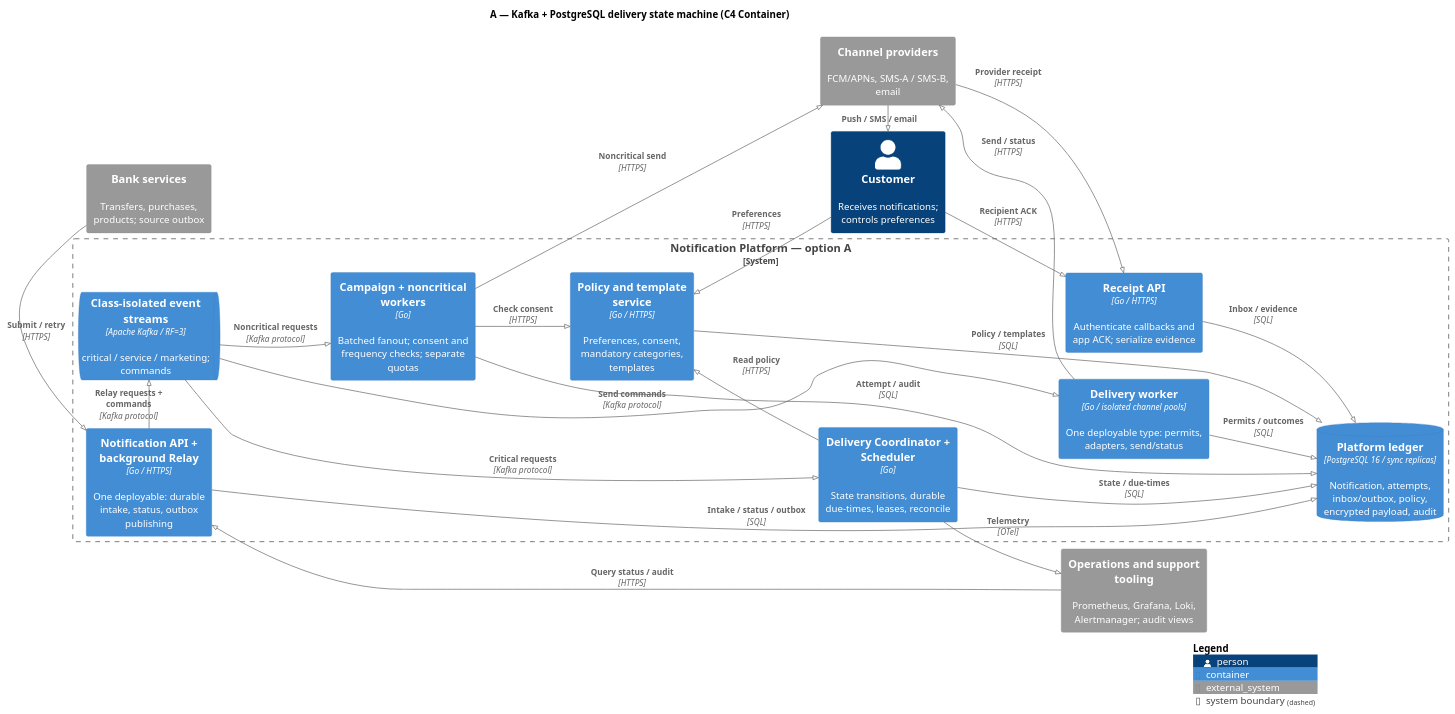
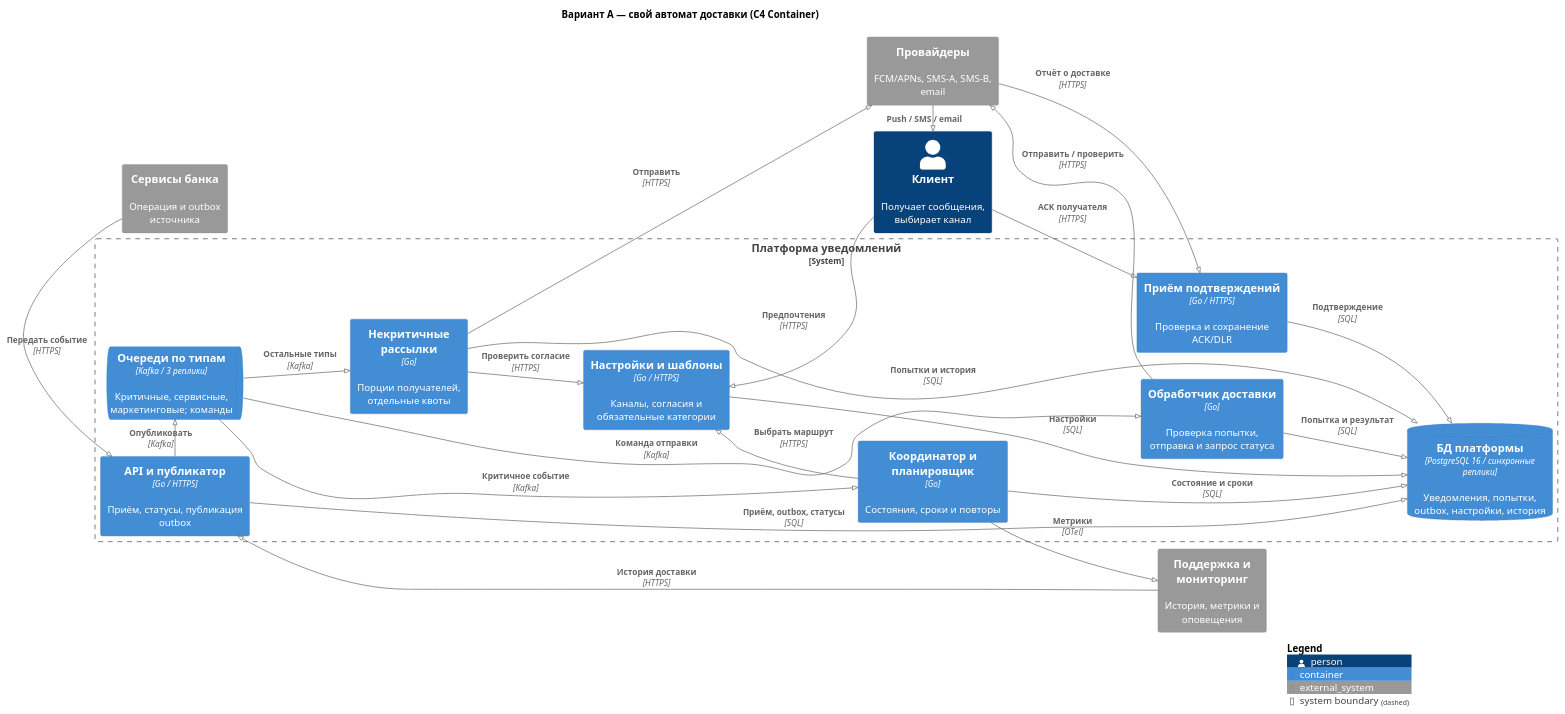
One commit to irinamilova/marketplace-architecture changed the diagram in hw4/diagrams/a-container.puml. Above: the diagram before and after it, drawn with PlantUML. The commit also changed 18 other files, not shown here.

```diff
--- a/hw4/diagrams/a-container.puml
+++ b/hw4/diagrams/a-container.puml
@@ -1,45 +1,45 @@
 @startuml
 !pragma layout smetana
 !include <C4/C4_Container>
-title A — Kafka + PostgreSQL delivery state machine (C4 Container)
+title Вариант A — свой автомат доставки (C4 Container)
 LAYOUT_LEFT_RIGHT()
-Person(customer, "Customer", "Receives notifications; controls preferences")
-System_Ext(bank, "Bank services", "Transfers, purchases, products; source outbox")
-System_Ext(channels, "Channel providers", "FCM/APNs, SMS-A / SMS-B, email")
-System_Ext(obs, "Operations and support tooling", "Prometheus, Grafana, Loki, Alertmanager; audit views")
-System_Boundary(platform, "Notification Platform — option A") {
-  Container(api, "Notification API + background Relay", "Go / HTTPS", "One deployable: durable intake, status, outbox publishing")
-  ContainerDb(db, "Platform ledger", "PostgreSQL 16 / sync replicas", "Notification, attempts, inbox/outbox, policy, encrypted payload, audit")
-  ContainerQueue(kafka, "Class-isolated event streams", "Apache Kafka / RF=3", "critical / service / marketing; commands")
-  Container(coordinator, "Delivery Coordinator + Scheduler", "Go", "State transitions, durable due-times, leases, reconcile")
-  Container(workers, "Delivery worker", "Go / isolated channel pools", "One deployable type: permits, adapters, send/status")
-  Container(receipts, "Receipt API", "Go / HTTPS", "Authenticate callbacks and app ACK; serialize evidence")
-  Container(policy, "Policy and template service", "Go / HTTPS", "Preferences, consent, mandatory categories, templates")
-  Container(campaign, "Campaign + noncritical workers", "Go", "Batched fanout; consent and frequency checks; separate quotas")
+Person(user, "Клиент", "Получает сообщения, выбирает канал")
+System_Ext(bank, "Сервисы банка", "Операция и outbox источника")
+System_Ext(provider, "Провайдеры", "FCM/APNs, SMS-A, SMS-B, email")
+System_Ext(ops, "Поддержка и мониторинг", "История, метрики и оповещения")
+System_Boundary(platform, "Платформа уведомлений") {
+  Container(api, "API и публикатор", "Go / HTTPS", "Приём, статусы, публикация outbox")
+  ContainerQueue(broker, "Очереди по типам", "Kafka / 3 реплики", "Критичные, сервисные, маркетинговые; команды")
+  Container(scheduler, "Координатор и планировщик", "Go", "Состояния, сроки и повторы")
+  Container(worker, "Обработчик доставки", "Go", "Проверка попытки, отправка и запрос статуса")
+  Container(receipt, "Приём подтверждений", "Go / HTTPS", "Проверка и сохранение ACK/DLR")
+  Container(policy, "Настройки и шаблоны", "Go / HTTPS", "Каналы, согласия и обязательные категории")
+  Container(campaign, "Некритичные рассылки", "Go", "Порции получателей, отдельные квоты")
+  ContainerDb(db, "БД платформы", "PostgreSQL 16 / синхронные реплики", "Уведомления, попытки, outbox, настройки, история")
 }
-Rel_R(bank, api, "Submit / retry", "HTTPS")
-Rel_D(api, db, "Intake / status / outbox", "SQL")
-Rel_R(api, kafka, "Relay requests + commands", "Kafka protocol")
-Rel_R(kafka, coordinator, "Critical requests", "Kafka protocol")
-Rel(coordinator, db, "State / due-times", "SQL")
-Rel_U(coordinator, policy, "Read policy", "HTTPS")
-Rel(kafka, workers, "Send commands", "Kafka protocol")
-Rel(workers, db, "Permits / outcomes", "SQL")
-Rel_R(workers, channels, "Send / status", "HTTPS")
-Rel_R(channels, customer, "Push / SMS / email")
-Rel_D(channels, receipts, "Provider receipt", "HTTPS")
-Rel(customer, receipts, "Recipient ACK", "HTTPS")
-Rel(receipts, db, "Inbox / evidence", "SQL")
-Rel(policy, db, "Policy / templates", "SQL")
-Rel(customer, policy, "Preferences", "HTTPS")
-Rel(kafka, campaign, "Noncritical requests", "Kafka protocol")
-Rel(campaign, policy, "Check consent", "HTTPS")
-Rel(campaign, db, "Attempt / audit", "SQL")
-Rel(campaign, channels, "Noncritical send", "HTTPS")
-Rel(coordinator, obs, "Telemetry", "OTel")
-Rel(obs, api, "Query status / audit", "HTTPS")
-Lay_D(coordinator, workers)
-Lay_D(kafka, campaign)
-Lay_D(db, obs)
+Rel_R(bank, api, "Передать событие", "HTTPS")
+Rel_D(api, db, "Приём, outbox, статусы", "SQL")
+Rel_R(api, broker, "Опубликовать", "Kafka")
+Rel_R(broker, scheduler, "Критичное событие", "Kafka")
+Rel(scheduler, db, "Состояние и сроки", "SQL")
+Rel_U(scheduler, policy, "Выбрать маршрут", "HTTPS")
+Rel(broker, worker, "Команда отправки", "Kafka")
+Rel(worker, db, "Попытка и результат", "SQL")
+Rel_R(worker, provider, "Отправить / проверить", "HTTPS")
+Rel_R(provider, user, "Push / SMS / email")
+Rel_D(provider, receipt, "Отчёт о доставке", "HTTPS")
+Rel(user, receipt, "ACK получателя", "HTTPS")
+Rel(receipt, db, "Подтверждение", "SQL")
+Rel(policy, db, "Настройки", "SQL")
+Rel(user, policy, "Предпочтения", "HTTPS")
+Rel(broker, campaign, "Остальные типы", "Kafka")
+Rel(campaign, policy, "Проверить согласие", "HTTPS")
+Rel(campaign, db, "Попытки и история", "SQL")
+Rel(campaign, provider, "Отправить", "HTTPS")
+Rel(scheduler, ops, "Метрики", "OTel")
+Rel(ops, api, "История доставки", "HTTPS")
+Lay_D(scheduler, worker)
+Lay_D(broker, campaign)
+Lay_D(db, ops)
 SHOW_LEGEND()
 @enduml
```
